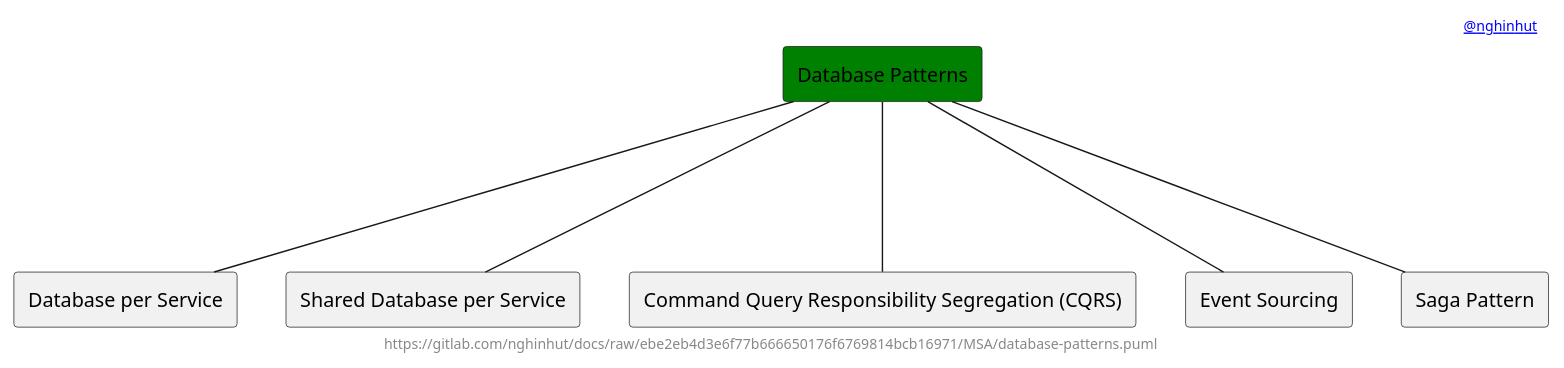
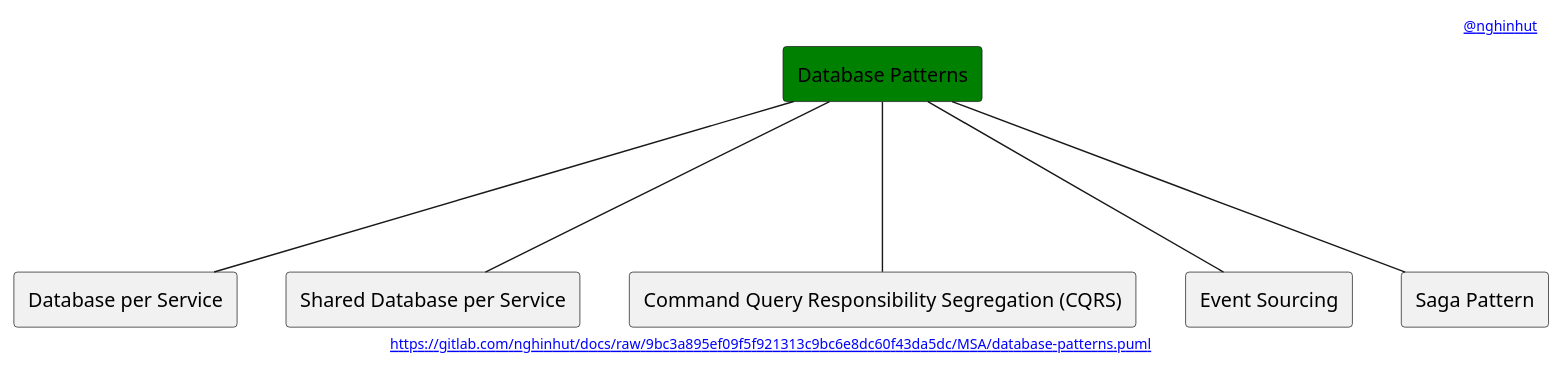
Before and after one commit to nghinhut/docs: the diagram in MSA/database-patterns.puml, drawn with PlantUML. The commit also changed 18 other files, not shown here.

Commit message:
Update diagrams

```diff
--- a/MSA/database-patterns.puml
+++ b/MSA/database-patterns.puml
@@ -1,20 +1,20 @@
 @startuml
 '-----START auto generated metadata please keep comment here to allow auto update-----
 '-----DON'T EDIT THIS SECTION, INSTEAD RE-RUN prebuild.sh TO UPDATE-----
 header [[mailto:nghinhut@gmail.com @nghinhut]]
-footer https://gitlab.com/nghinhut/docs/raw/ebe2eb4d3e6f77b666650176f6769814bcb16971/MSA/database-patterns.puml
+footer [[https://gitlab.com/nghinhut/docs/raw/9bc3a895ef09f5f921313c9bc6e8dc60f43da5dc/MSA/database-patterns.puml]]
 '-----END auto generated metadata please keep comment here to allow auto update-----
 
 rectangle "Database Patterns" as Database #green
 
 rectangle "Database per Service" as DatabaseP1
 rectangle "Shared Database per Service" as DatabaseP2
 rectangle "Command Query Responsibility Segregation (CQRS)" as DatabaseP3
 rectangle "Event Sourcing" as DatabaseP4
 rectangle "Saga Pattern" as DatabaseP5
 Database --- DatabaseP1
 Database --- DatabaseP2
 Database --- DatabaseP3
 Database --- DatabaseP4
 Database --- DatabaseP5
 @enduml
```
